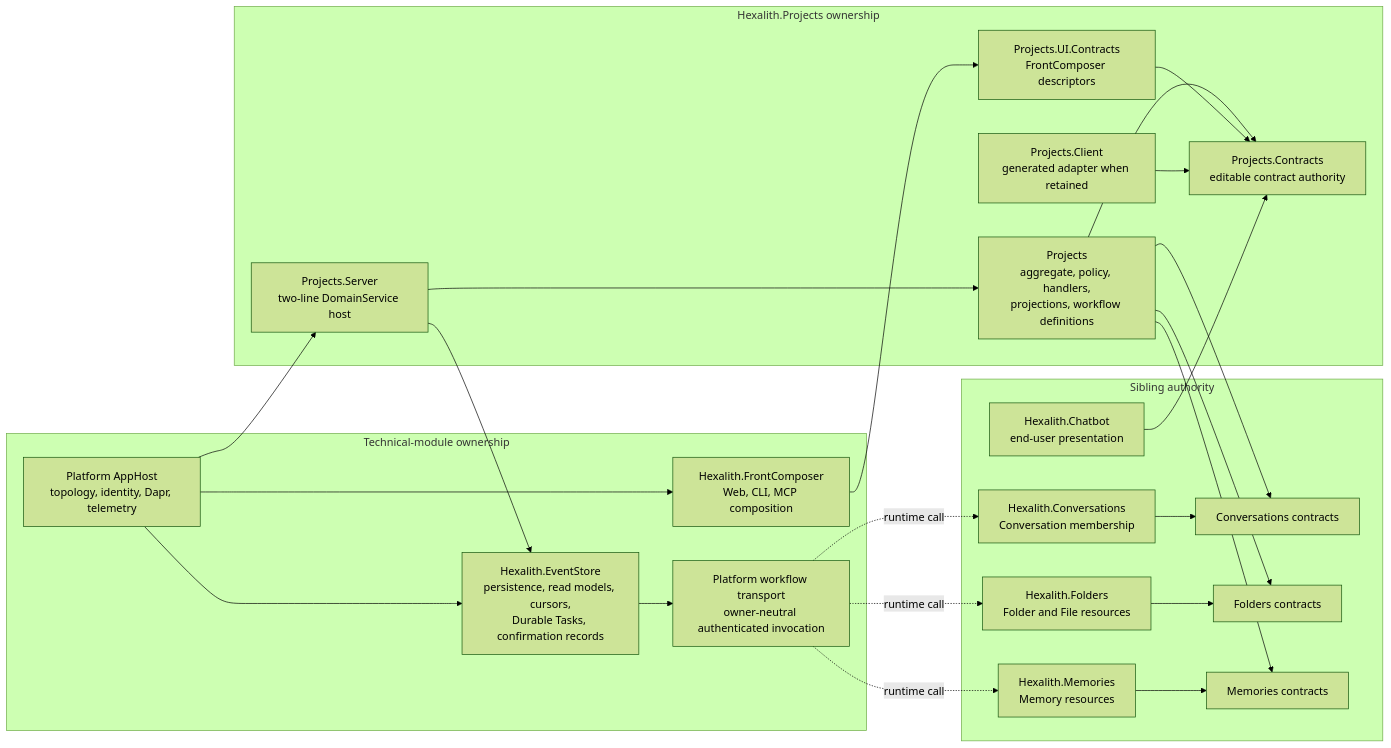
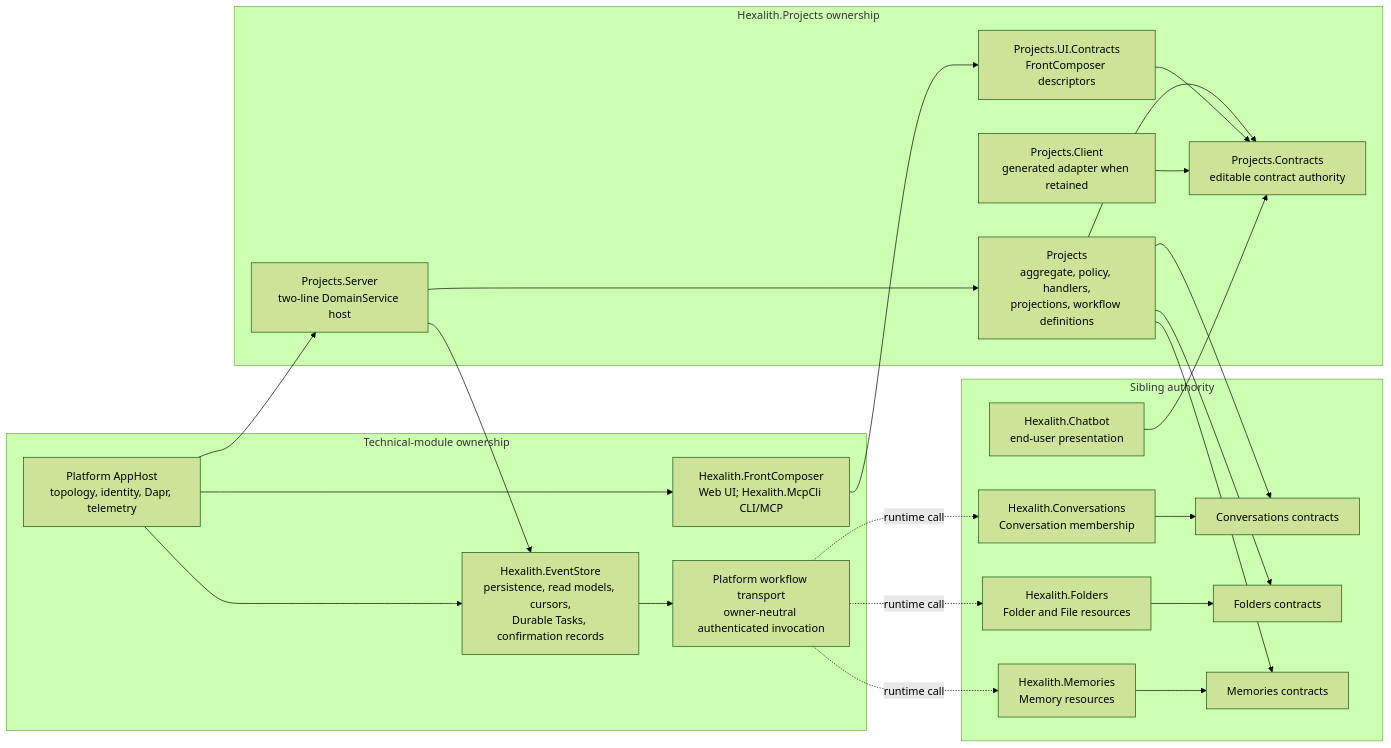
The first of 4 diagrams in _bmad-output/planning-artifacts/architecture/architecture-projects-2026-07-15/ARCHITECTURE-SPINE.md (Hexalith/Hexalith.Projects), drawn with Mermaid (forest theme) before and after one commit. The commit also changed other lines of this file and 2 other files, not shown here.

````diff
--- a/_bmad-output/planning-artifacts/architecture/architecture-projects-2026-07-15/ARCHITECTURE-SPINE.md
+++ b/_bmad-output/planning-artifacts/architecture/architecture-projects-2026-07-15/ARCHITECTURE-SPINE.md
@@ -34,48 +37,48 @@
 ```mermaid
 flowchart LR
     subgraph Projects["Hexalith.Projects ownership"]
         Contracts["Projects.Contracts<br/>editable contract authority"]
         Domain["Projects<br/>aggregate, policy, handlers,<br/>projections, workflow definitions"]
         UIContracts["Projects.UI.Contracts<br/>FrontComposer descriptors"]
         Host["Projects.Server<br/>two-line DomainService host"]
         GeneratedClient["Projects.Client<br/>generated adapter when retained"]
     end
 
     subgraph Platform["Technical-module ownership"]
         EventStore["Hexalith.EventStore<br/>persistence, read models, cursors,<br/>Durable Tasks, confirmation records"]
         WorkflowTransport["Platform workflow transport<br/>owner-neutral authenticated invocation"]
-        FrontComposer["Hexalith.FrontComposer<br/>Web, CLI, MCP composition"]
+        FrontComposer["Hexalith.FrontComposer<br/>Web UI; Hexalith.McpCli CLI/MCP"]
         AppHost["Platform AppHost<br/>topology, identity, Dapr, telemetry"]
     end
 
     subgraph Owners["Sibling authority"]
         ConversationContracts["Conversations contracts"]
         FolderContracts["Folders contracts"]
         MemoryContracts["Memories contracts"]
         Conversations["Hexalith.Conversations<br/>Conversation membership"]
         Folders["Hexalith.Folders<br/>Folder and File resources"]
         Memories["Hexalith.Memories<br/>Memory resources"]
         Chatbot["Hexalith.Chatbot<br/>end-user presentation"]
     end
 
     Domain --> Contracts
     UIContracts --> Contracts
     Host --> Domain
     Host --> EventStore
     GeneratedClient --> Contracts
     FrontComposer --> UIContracts
     AppHost --> Host
     AppHost --> EventStore
     AppHost --> FrontComposer
     EventStore --> WorkflowTransport
     Domain --> ConversationContracts
     Domain --> FolderContracts
     Domain --> MemoryContracts
     Conversations --> ConversationContracts
     Folders --> FolderContracts
     Memories --> MemoryContracts
     WorkflowTransport -. "runtime call" .-> Conversations
     WorkflowTransport -. "runtime call" .-> Folders
     WorkflowTransport -. "runtime call" .-> Memories
     Chatbot --> Contracts
 ```
````
